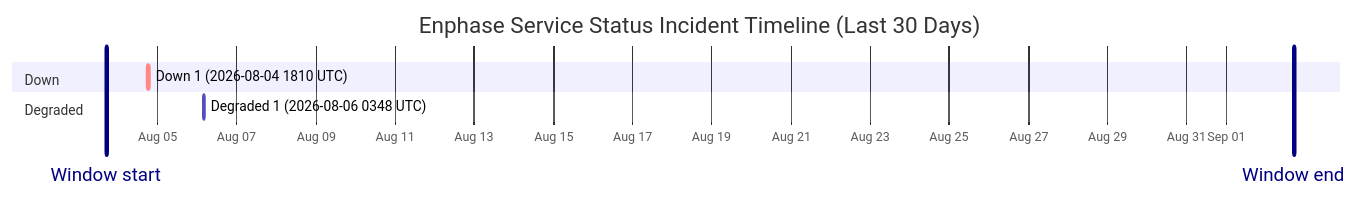
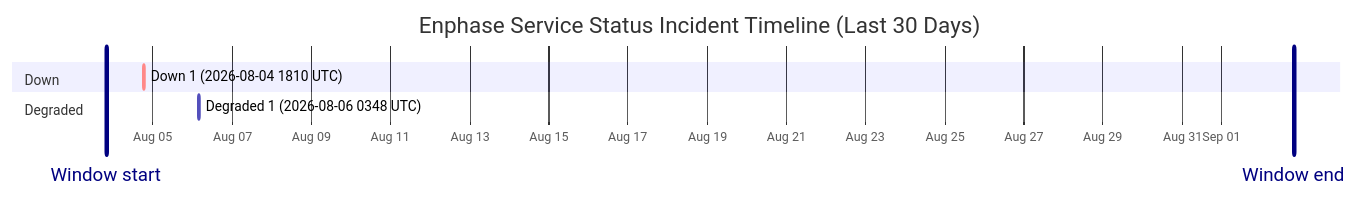
Before and after one commit to barneyonline/ha-enphase-energy: the diagram in wiki/Service-Status-History.md, drawn with Mermaid. The commit also changed other lines of this file and 3 other files, not shown here.

````diff
--- a/wiki/Service-Status-History.md
+++ b/wiki/Service-Status-History.md
@@ -14,12 +14,12 @@
 ```mermaid
 gantt
     title Enphase Service Status Incident Timeline (Last 30 Days)
     dateFormat  YYYY-MM-DDTHH:mm:ss
     axisFormat  %b %d
-    Window start :vert, window-start, 2026-08-03T16:59:43, 0ms
-    Window end :vert, window-end, 2026-09-02T16:59:43, 0ms
+    Window start :vert, window-start, 2026-08-03T19:41:41, 0ms
+    Window end :vert, window-end, 2026-09-02T19:41:41, 0ms
     section Down
     Down 1 (2026-08-04 1810 UTC) :crit, down-1, 2026-08-04T18:10:46, 60m
     section Degraded
     Degraded 1 (2026-08-06 0348 UTC) :active, degraded-1, 2026-08-06T03:48:14, 60m
 ```
````
